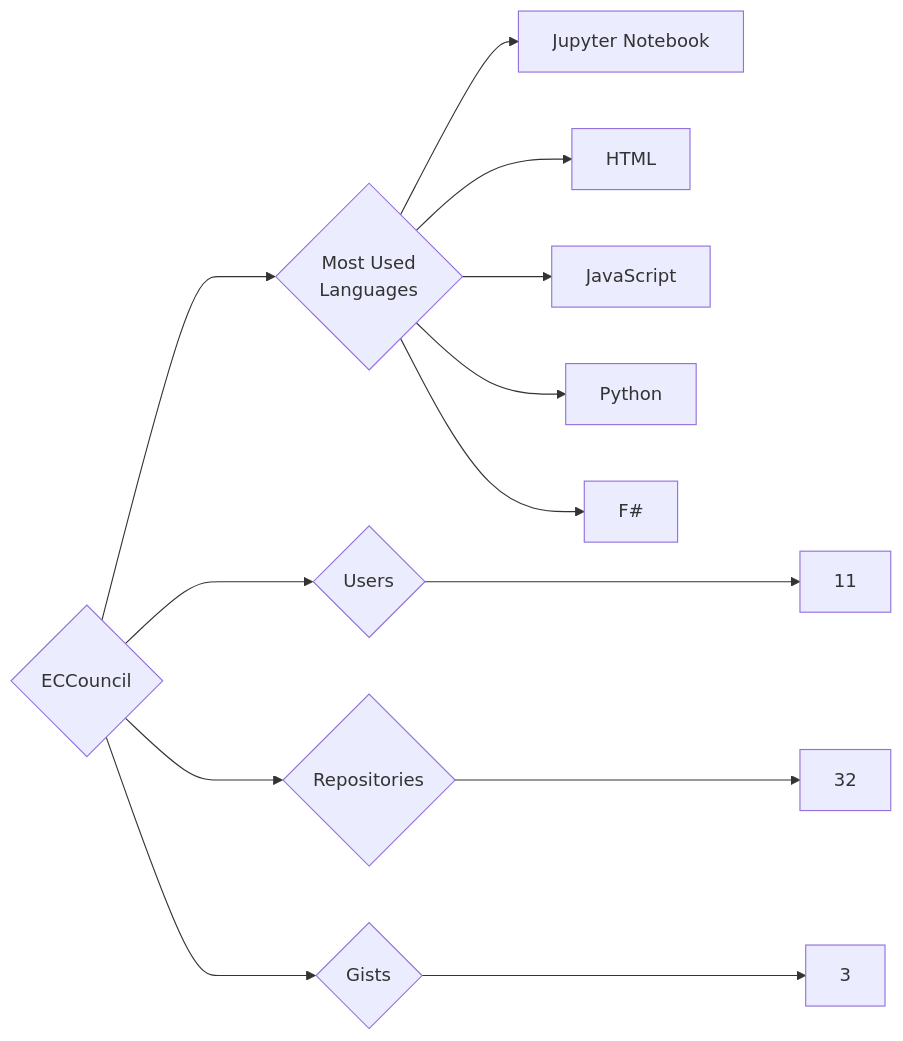
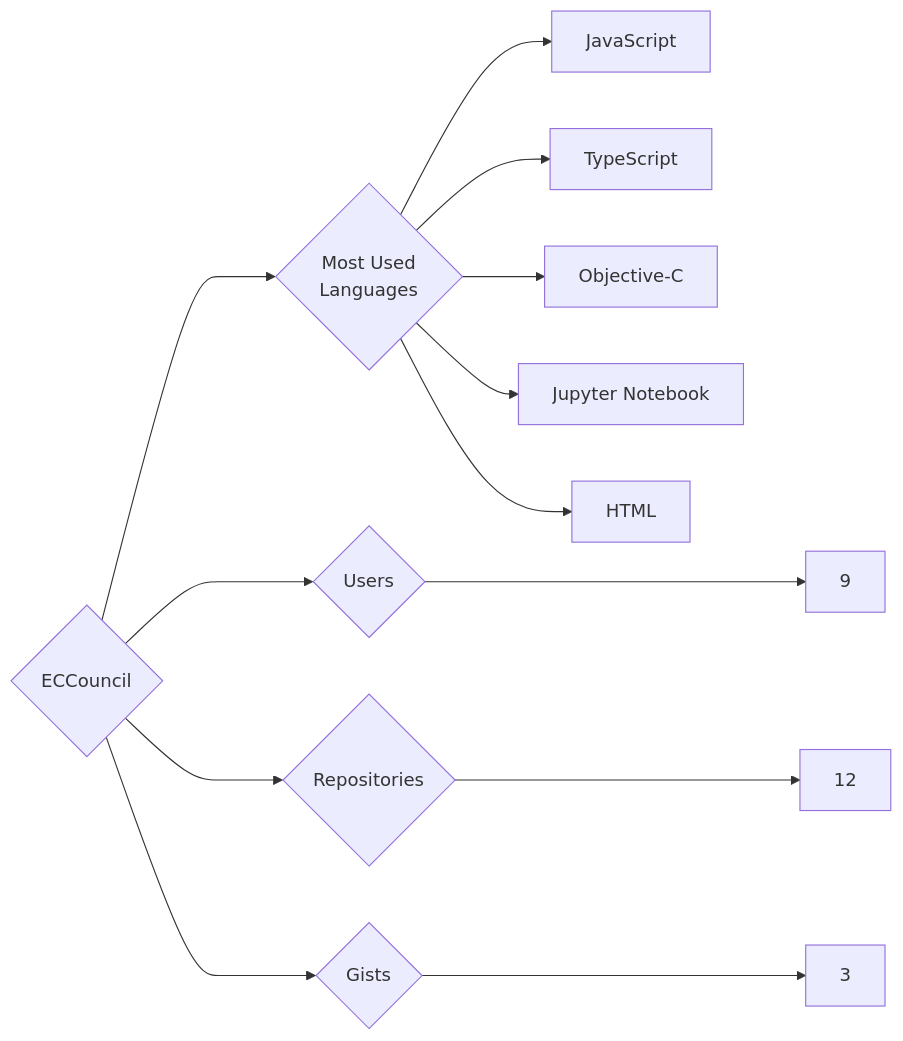
The diagram in targets/ECCouncil/README.md (trickest/insiders), drawn with Mermaid before and after one commit. The commit also changed 859 other files, not shown here.

````diff
--- a/targets/ECCouncil/README.md
+++ b/targets/ECCouncil/README.md
@@ -3,13 +3,13 @@
 ```mermaid
 graph LR
 COMPANY_NAME{ECCouncil}
-COMPANY_NAME ---> U{Users} ---> UN[11]
-COMPANY_NAME ---> R{Repositories} ---> RN[32]
+COMPANY_NAME ---> U{Users} ---> UN[9]
+COMPANY_NAME ---> R{Repositories} ---> RN[12]
 COMPANY_NAME ---> G{Gists} ---> GN[3]
 COMPANY_NAME ---> ML{Most Used<br>Languages}
+ML --> JavaScript[JavaScript]
+ML --> TypeScript[TypeScript]
+ML --> Objective-C[Objective-C]
 ML --> Jupyter_Notebook[Jupyter Notebook]
 ML --> HTML[HTML]
-ML --> JavaScript[JavaScript]
-ML --> Python[Python]
-ML --> F#[F#]
 ```
````
